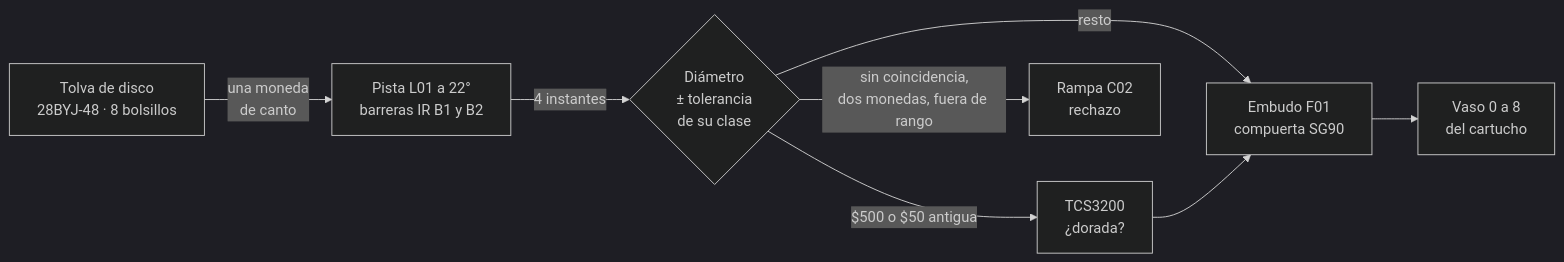
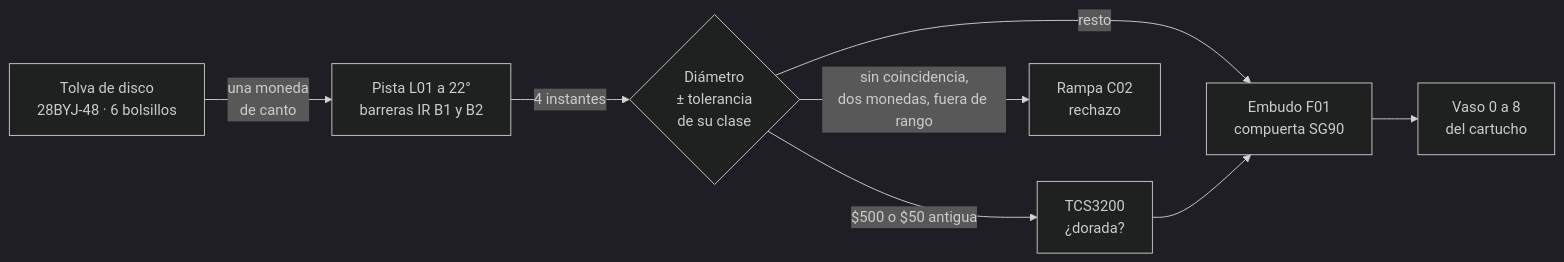
One commit to Johan-C777/coin-sorting-robot-pybullet changed the first of 5 diagrams in README.md. Above: the diagram before and after it, drawn with Mermaid (dark theme). The commit also changed other lines of this file and 9 other files, not shown here.

````diff
--- a/README.md
+++ b/README.md
@@ -84,10 +137,10 @@
 ```mermaid
 flowchart LR
-    T["Tolva de disco<br/>28BYJ-48 · 8 bolsillos"] -->|"una moneda<br/>de canto"| P["Pista L01 a 22°<br/>barreras IR B1 y B2"]
+    T["Tolva de disco<br/>28BYJ-48 · 6 bolsillos"] -->|"una moneda<br/>de canto"| P["Pista L01 a 22°<br/>barreras IR B1 y B2"]
     P -->|"4 instantes"| D{"Diámetro<br/>± tolerancia<br/>de su clase"}
     D -->|"$500 o $50 antigua"| C["TCS3200<br/>¿dorada?"]
     D -->|"resto"| E["Embudo F01<br/>compuerta SG90"]
     C --> E
     D -->|"sin coincidencia,<br/>dos monedas, fuera de rango"| X["Rampa C02<br/>rechazo"]
     E --> V["Vaso 0 a 8<br/>del cartucho"]
 ```
````
